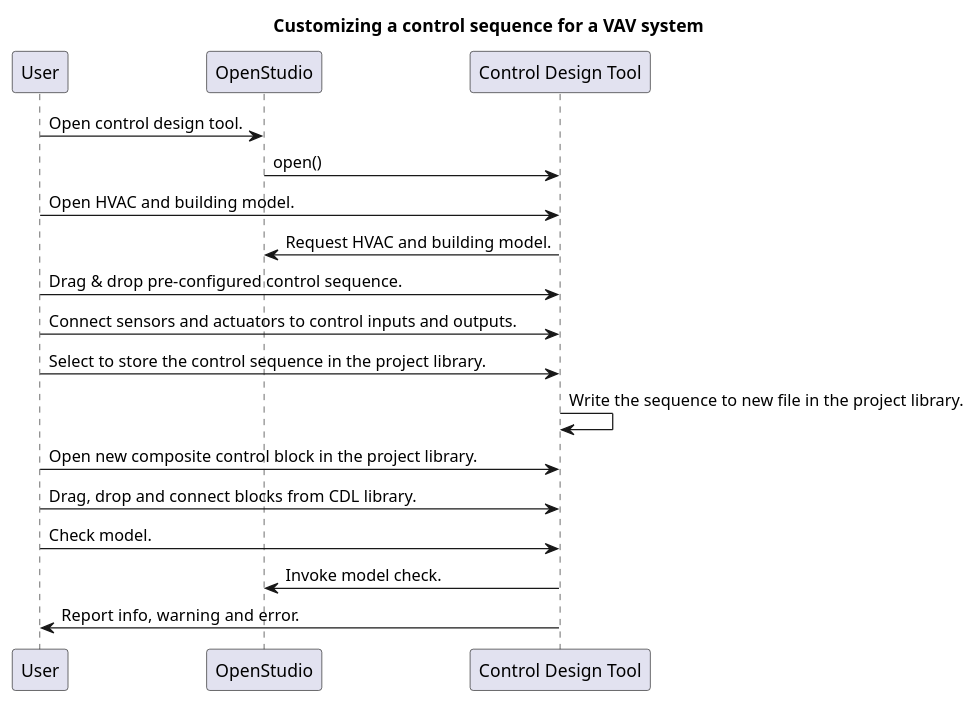
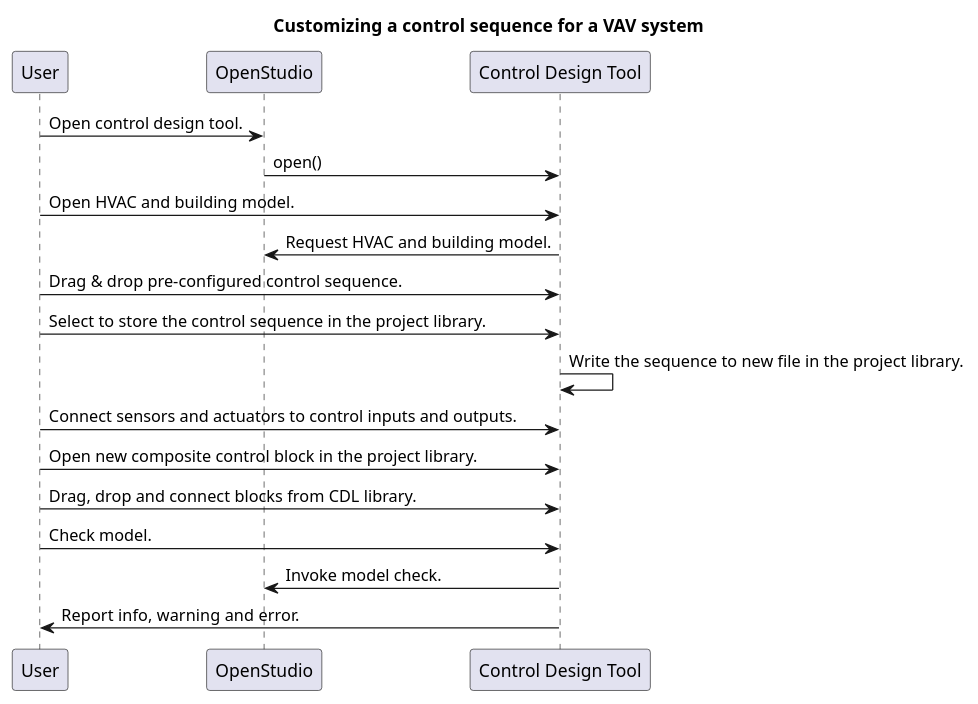
One commit to lbl-srg/obc changed the diagram in specification/source/useCases.rst. Above: the diagram before and after it, drawn with PlantUML. The commit also changed other lines of this file and 6 other files, not shown here.

```diff
--- a/specification/source/useCases.rst
+++ b/specification/source/useCases.rst
@@ -184,18 +172,18 @@
 .. uml::
    :caption: Customizing a control sequence for a VAV system.
 
    title Customizing a control sequence for a VAV system
 
    "User" -> "OpenStudio" : Open control design tool.
    "OpenStudio" -> "Control Design Tool" : open()
    "User" -> "Control Design Tool" : Open HVAC and building model.
    "OpenStudio" <- "Control Design Tool" : Request HVAC and building model.
    "User" -> "Control Design Tool" : Drag & drop pre-configured control sequence.
-   "User" -> "Control Design Tool" : Connect sensors and actuators to control inputs and outputs.
    "User" -> "Control Design Tool" : Select to store the control sequence in the project library.
    "Control Design Tool" -> "Control Design Tool" : Write the sequence to new file in the project library.
+   "User" -> "Control Design Tool" : Connect sensors and actuators to control inputs and outputs.
    "User" -> "Control Design Tool" : Open new composite control block in the project library.
    "User" -> "Control Design Tool" : Drag, drop and connect blocks from CDL library.
    "User" -> "Control Design Tool" : Check model.
    "OpenStudio" <- "Control Design Tool" : Invoke model check.
    "User" <- "Control Design Tool" : Report info, warning and error.
```
